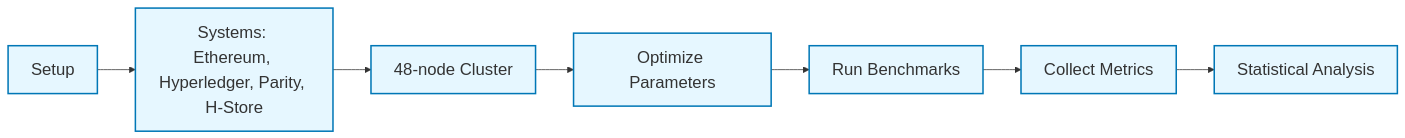
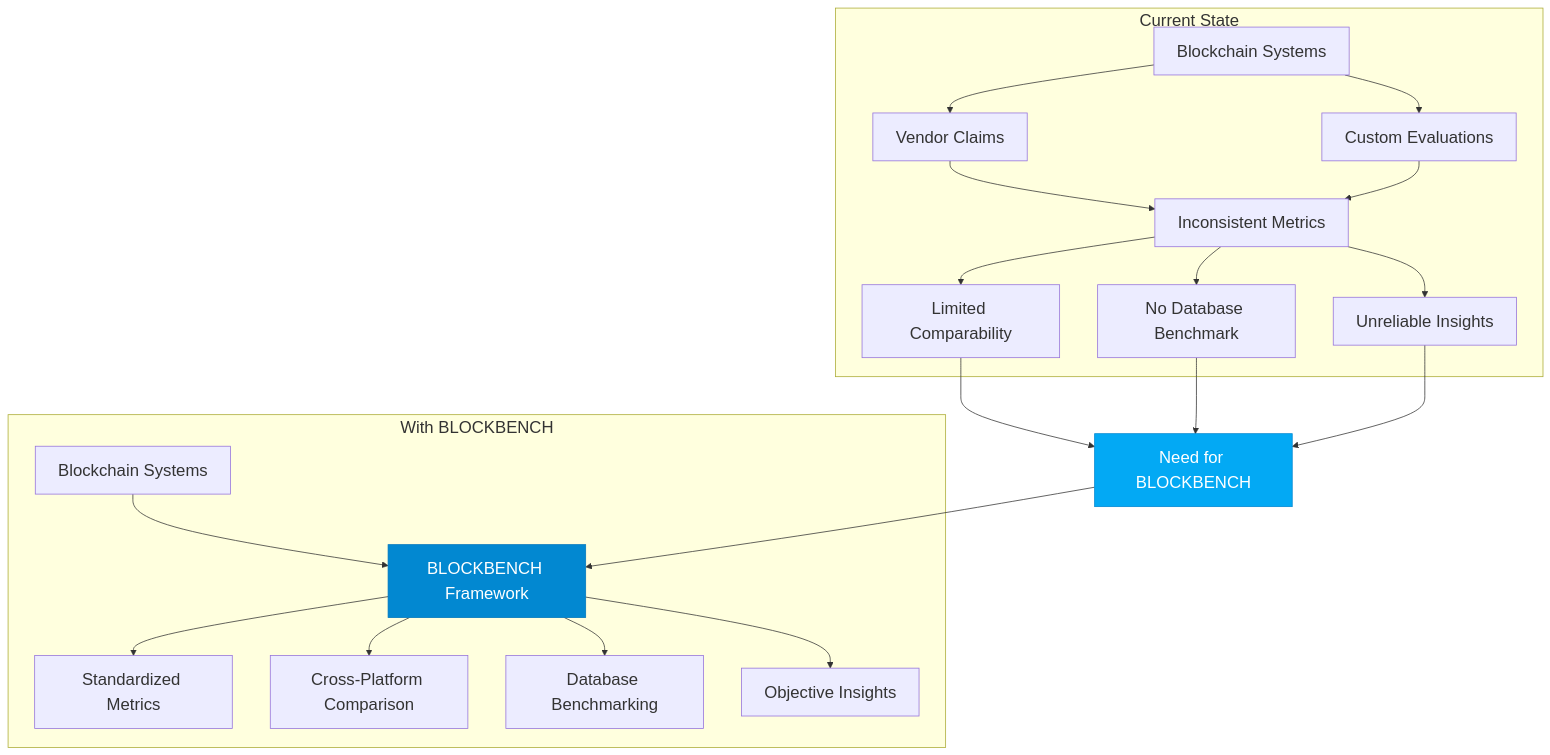
One commit to ces0491/blockbench-presentation changed the sixth of 10 diagrams in blockbench-presentation.qmd. Above: the diagram before and after it, drawn with Mermaid. The commit also changed other lines of this file and 11 other files, not shown here.

````diff
--- a/blockbench-presentation.qmd
+++ b/blockbench-presentation.qmd
@@ -421,14 +529,24 @@
 ```{mermaid}
-%%{init: {'theme': 'default', 'themeVariables': { 'fontSize': '22px', 'primaryColor': '#7C0000', 'primaryBorderColor': '#7C0000', 'primaryTextColor': '#fff', 'secondaryColor': '#006100', 'secondaryBorderColor': '#006100', 'secondaryTextColor': '#fff' }}}%%
-graph LR
-    classDef stepNode fill:#e6f7ff,stroke:#0077b6,stroke-width:2px;
-    
-    A[Setup] --> B[Systems: Ethereum, Hyperledger, Parity, H-Store]
-    B --> C[48-node Cluster]
-    C --> D[Optimize Parameters]
-    D --> E[Run Benchmarks]
-    E --> F[Collect Metrics]
-    F --> G[Statistical Analysis]
-    
-    class A,B,C,D,E,F,G stepNode;
+%%{init: {'theme': 'default', 'themeVariables': {'fontSize': '22px'}}}%%
+graph TD
+    subgraph Current State
+        A[Blockchain Systems] --> B[Vendor Claims]
+        A --> C[Custom Evaluations]
+        B --> D[Inconsistent Metrics]
+        C --> D
+        D --> E[Limited Comparability]
+        D --> F[No Database Benchmark]
+        D --> G[Unreliable Insights]
+    end
+    subgraph With BLOCKBENCH
+        H[Blockchain Systems] --> I[BLOCKBENCH Framework]
+        I --> J[Standardized Metrics]
+        I --> K[Cross-Platform Comparison]
+        I --> L[Database Benchmarking]
+        I --> M[Objective Insights]
+    end
+    E & F & G --> N[Need for BLOCKBENCH]
+    N --> I
+    style I fill:#0288d1,stroke:#0277bd,color:#fff
+    style N fill:#03a9f4,stroke:#0288d1,color:#fff
 ```
````
